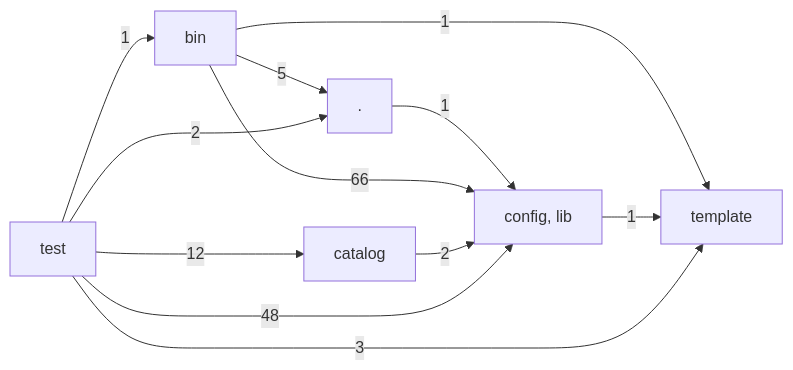
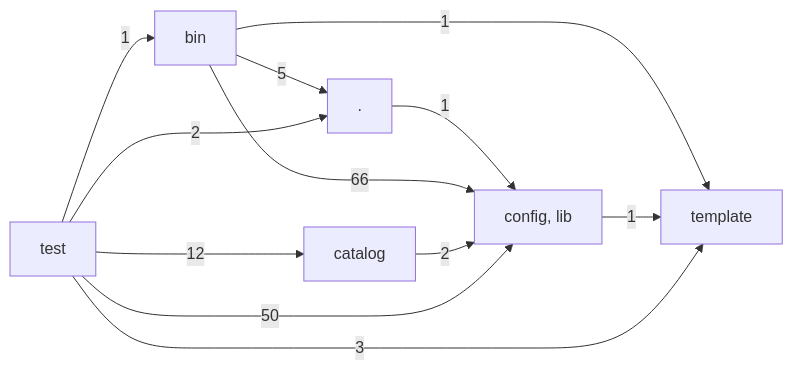
The diagram in docs/architecture/layers.md (hackersandwizards/scaffolding), drawn with Mermaid before and after one commit. The commit also changed 14 other files, not shown here.

````diff
--- a/docs/architecture/layers.md
+++ b/docs/architecture/layers.md
@@ -3,20 +3,20 @@
 ```mermaid
 graph LR
   L0["."]
   L1["bin"]
   L2["catalog"]
   L3["config, lib"]
   L4["template"]
   L5["test"]
   L0 -->|1| L3
   L1 -->|5| L0
   L1 -->|66| L3
   L1 -->|1| L4
   L2 -->|2| L3
   L3 -->|1| L4
   L5 -->|2| L0
   L5 -->|1| L1
   L5 -->|12| L2
-  L5 -->|48| L3
+  L5 -->|50| L3
   L5 -->|3| L4
 ```
````
